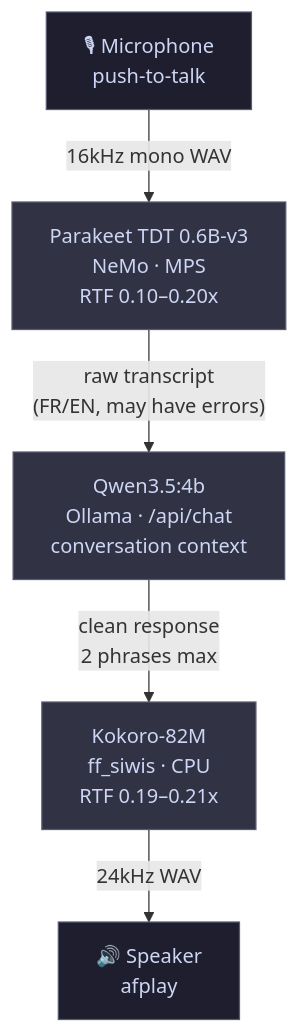
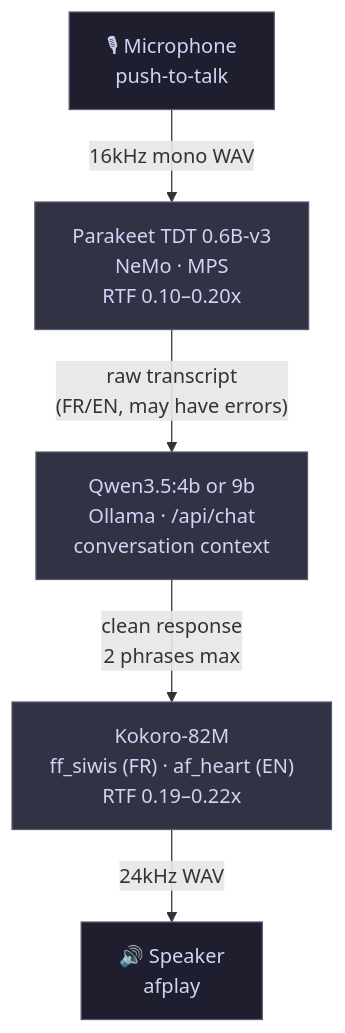
The diagram in README.md (slchatham/VoiceLLM), drawn with Mermaid before and after one commit. The commit also changed other lines of this file, not shown here.

First line of the commit message:
docs: update README for dual-pipeline TTS routing and --model flag

````diff
--- a/README.md
+++ b/README.md
@@ -11,19 +11,19 @@
 ```mermaid
 flowchart TD
     MIC["🎙 Microphone\npush-to-talk"]
     STT["Parakeet TDT 0.6B-v3\nNeMo · MPS\nRTF 0.10–0.20x"]
-    LM["Qwen3.5:4b\nOllama · /api/chat\nconversation context"]
-    TTS["Kokoro-82M\nff_siwis · CPU\nRTF 0.19–0.21x"]
+    LM["Qwen3.5:4b or 9b\nOllama · /api/chat\nconversation context"]
+    TTS["Kokoro-82M\nff_siwis (FR) · af_heart (EN)\nRTF 0.19–0.22x"]
     SPK["🔊 Speaker\nafplay"]
 
     MIC -->|"16kHz mono WAV"| STT
     STT -->|"raw transcript\n(FR/EN, may have errors)"| LM
     LM -->|"clean response\n2 phrases max"| TTS
     TTS -->|"24kHz WAV"| SPK
 
     style MIC fill:#1e1e2e,color:#cdd6f4,stroke:#585b70
     style STT fill:#313244,color:#cdd6f4,stroke:#585b70
     style LM  fill:#313244,color:#cdd6f4,stroke:#585b70
     style TTS fill:#313244,color:#cdd6f4,stroke:#585b70
     style SPK fill:#1e1e2e,color:#cdd6f4,stroke:#585b70
 ```
````
